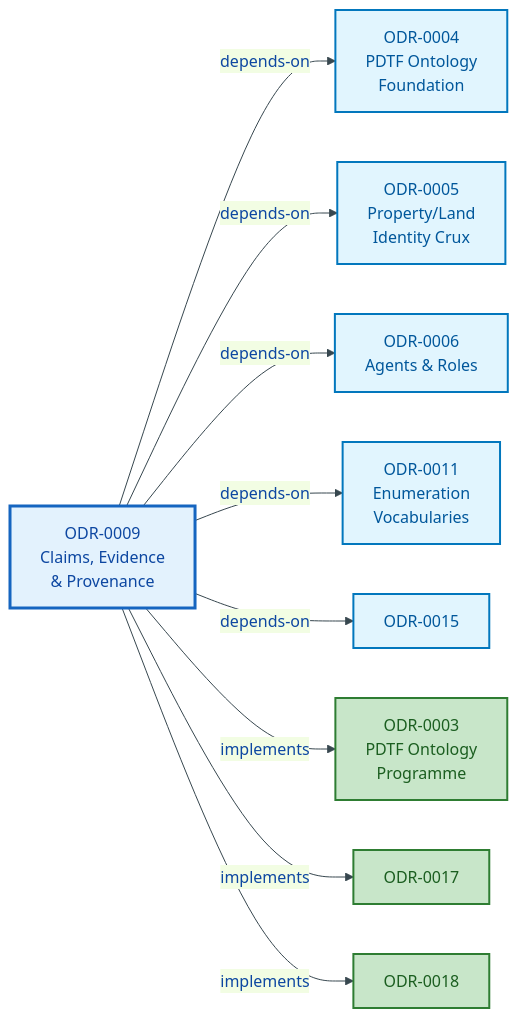
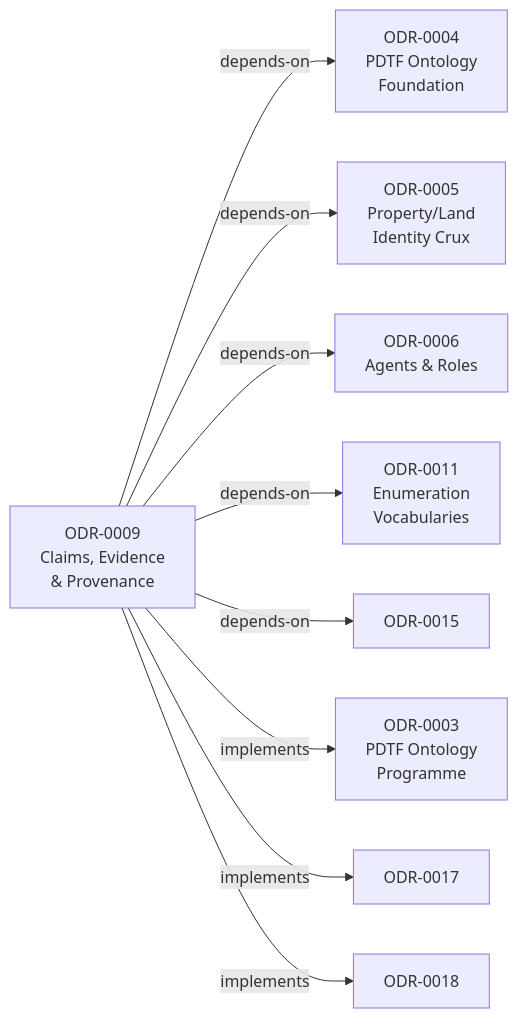
Before and after one commit to sparkling/opda: the third of 3 diagrams in docs/ontology/odr/ODR-0009-claims-evidence-provenance.md, drawn with Mermaid. The commit also changed other lines of this file and 25 other files, not shown here.

````diff
--- a/docs/ontology/odr/ODR-0009-claims-evidence-provenance.md
+++ b/docs/ontology/odr/ODR-0009-claims-evidence-provenance.md
@@ -179,31 +174,27 @@
 ```mermaid
-%%{init:{"theme":"base","themeVariables":{"primaryColor":"#E3F2FD","primaryTextColor":"#0D47A1","primaryBorderColor":"#1565C0","lineColor":"#37474F"}}}%%
 flowchart LR
     accTitle: ODR-0009 dependency graph
     accDescr: Shows which ODRs ODR-0009 depends on and which it implements, as declared in the frontmatter.
 
-    classDef current   fill:#E3F2FD,stroke:#1565C0,stroke-width:3px,color:#0D47A1
-    classDef dep       fill:#E1F5FE,stroke:#0277BD,stroke-width:2px,color:#01579B
-    classDef impl      fill:#C8E6C9,stroke:#2E7D32,stroke-width:2px,color:#1B5E20
 
-    O9["ODR-0009<br/>Claims, Evidence<br/>&amp; Provenance"]:::current
+    O9["ODR-0009<br/>Claims, Evidence<br/>&amp; Provenance"]:::infra
 
-    O3["ODR-0003<br/>PDTF Ontology<br/>Programme"]:::impl
-    O17["ODR-0017"]:::impl
-    O18["ODR-0018"]:::impl
+    O3["ODR-0003<br/>PDTF Ontology<br/>Programme"]:::success
+    O17["ODR-0017"]:::success
+    O18["ODR-0018"]:::success
 
-    O4["ODR-0004<br/>PDTF Ontology<br/>Foundation"]:::dep
-    O5["ODR-0005<br/>Property/Land<br/>Identity Crux"]:::dep
-    O6["ODR-0006<br/>Agents &amp; Roles"]:::dep
-    O11["ODR-0011<br/>Enumeration<br/>Vocabularies"]:::dep
-    O15["ODR-0015"]:::dep
+    O4["ODR-0004<br/>PDTF Ontology<br/>Foundation"]:::process
+    O5["ODR-0005<br/>Property/Land<br/>Identity Crux"]:::process
+    O6["ODR-0006<br/>Agents &amp; Roles"]:::process
+    O11["ODR-0011<br/>Enumeration<br/>Vocabularies"]:::process
+    O15["ODR-0015"]:::process
 
     O9 -->|"depends-on"| O4
     O9 -->|"depends-on"| O5
     O9 -->|"depends-on"| O6
     O9 -->|"depends-on"| O11
     O9 -->|"depends-on"| O15
     O9 -->|"implements"| O3
     O9 -->|"implements"| O17
     O9 -->|"implements"| O18
 ```
````
